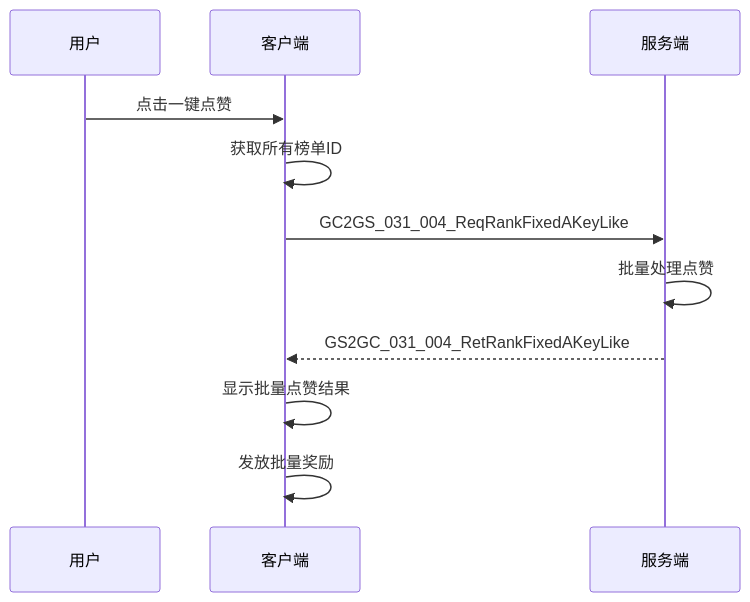
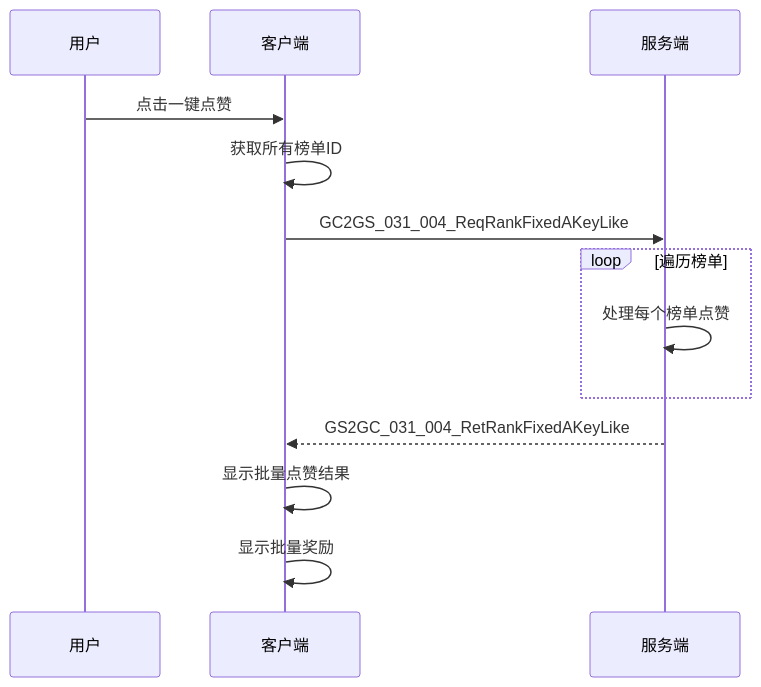
One commit to Alan-Ben/k2c_game_framework changed the fifth of 7 diagrams in docs/Module_Rank/02_协议文档.md. Above: the diagram before and after it, drawn with Mermaid. The commit also changed other lines of this file and 10 other files, not shown here.

Commit message:
docs: 完善 Consort/Mail/Rank 模块文档 - mermaid图、代码示例、完整字段列表

````diff
--- a/docs/Module_Rank/02_协议文档.md
+++ b/docs/Module_Rank/02_协议文档.md
@@ -590,14 +860,16 @@
 ```mermaid
 sequenceDiagram
     participant U as 用户
     participant C as 客户端
     participant S as 服务端
 
     U->>C: 点击一键点赞
     C->>C: 获取所有榜单ID
     C->>S: GC2GS_031_004_ReqRankFixedAKeyLike
-    S->>S: 批量处理点赞
+    loop 遍历榜单
+        S->>S: 处理每个榜单点赞
+    end
     S-->>C: GS2GC_031_004_RetRankFixedAKeyLike
     C->>C: 显示批量点赞结果
-    C->>C: 发放批量奖励
+    C->>C: 显示批量奖励
 ```
````
